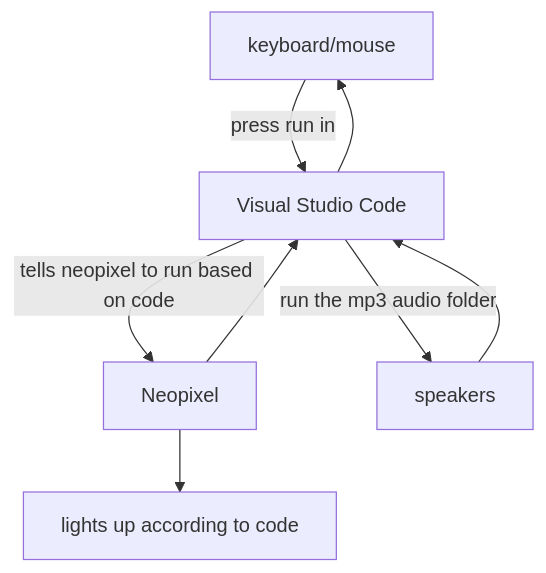
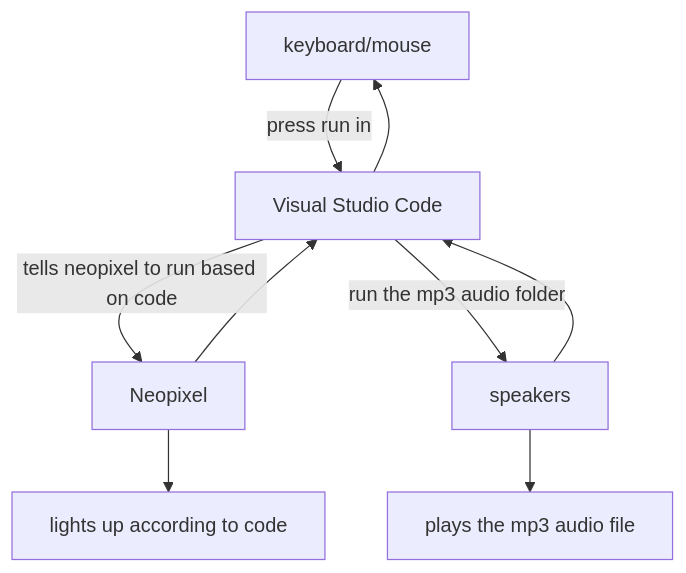
Before and after one commit to Raniellelee/egl314: the second of 2 diagrams in README.md, drawn with Mermaid.

````diff
--- a/README.md
+++ b/README.md
@@ -46,10 +46,11 @@
 ```mermaid
 graph TD;
 A[keyboard/mouse]--press run in-->B[Visual Studio Code]
 B-->A
 B--tells neopixel to run based on code-->C[Neopixel]
 C-->B
 B--run the mp3 audio folder-->E[speakers]
 E-->B
 C-->D[lights up according to code]
+E-->F[plays the mp3 audio file]
 ```
````
